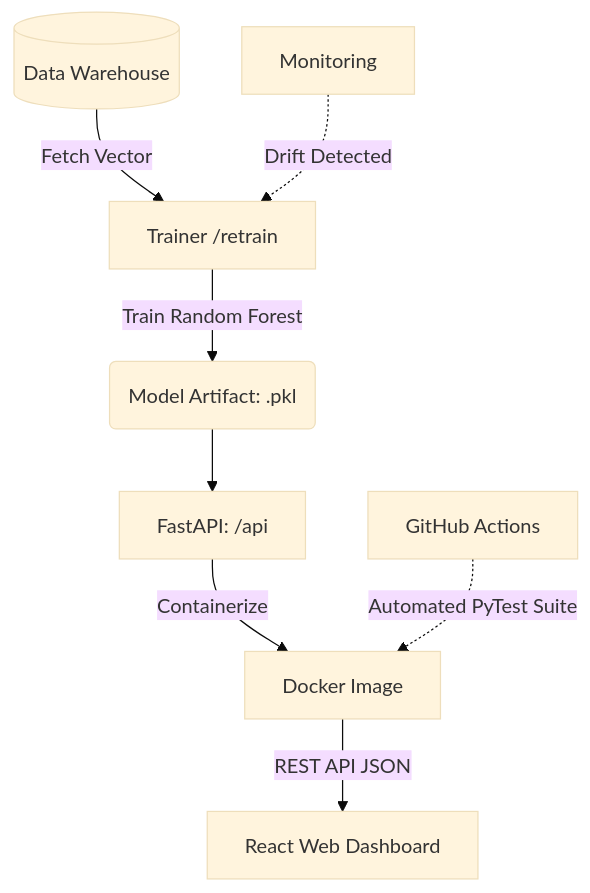
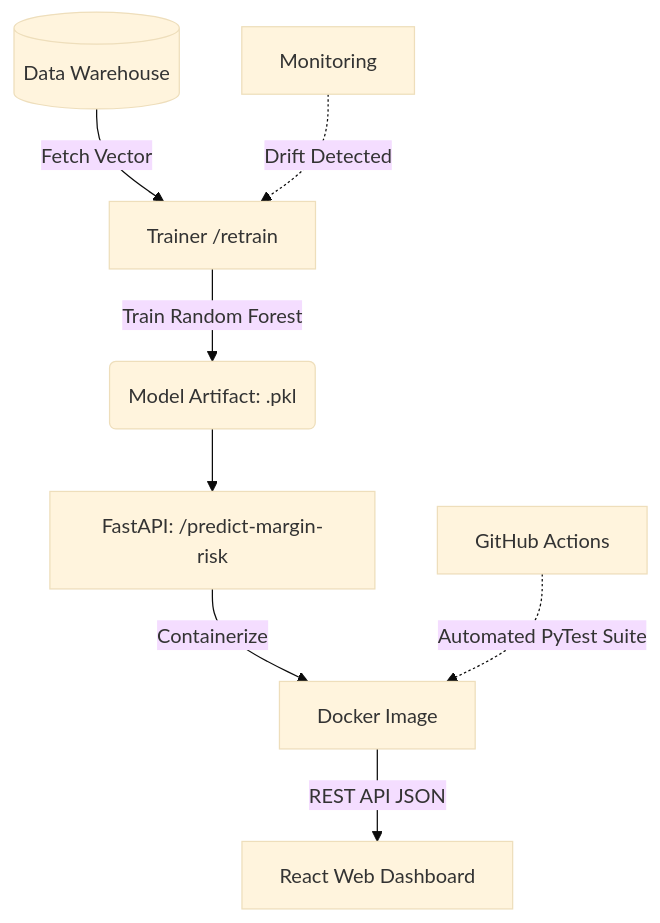
The diagram in bloc4_ai_solutions/README.md (shuhanchang12/Aurora_tech_v13), drawn with Mermaid (base theme) before and after one commit. The commit also changed other lines of this file and 13 other files, not shown here.

````diff
--- a/bloc4_ai_solutions/README.md
+++ b/bloc4_ai_solutions/README.md
@@ -21,10 +21,10 @@
 ```mermaid
 graph TD
     A[(Data Warehouse)] -->|Fetch Vector| B[Trainer /retrain]
     B -->|Train Random Forest| C(Model Artifact: .pkl)
-    C --> D[FastAPI: /api]
+   C --> D[FastAPI: /predict-margin-risk]
     D -->|Containerize| E[Docker Image]
     E -->|REST API JSON | F[React Web Dashboard]
     G[GitHub Actions] -.->|Automated PyTest Suite| E
     H[Monitoring] -.->|Drift Detected| B
 ```
````
